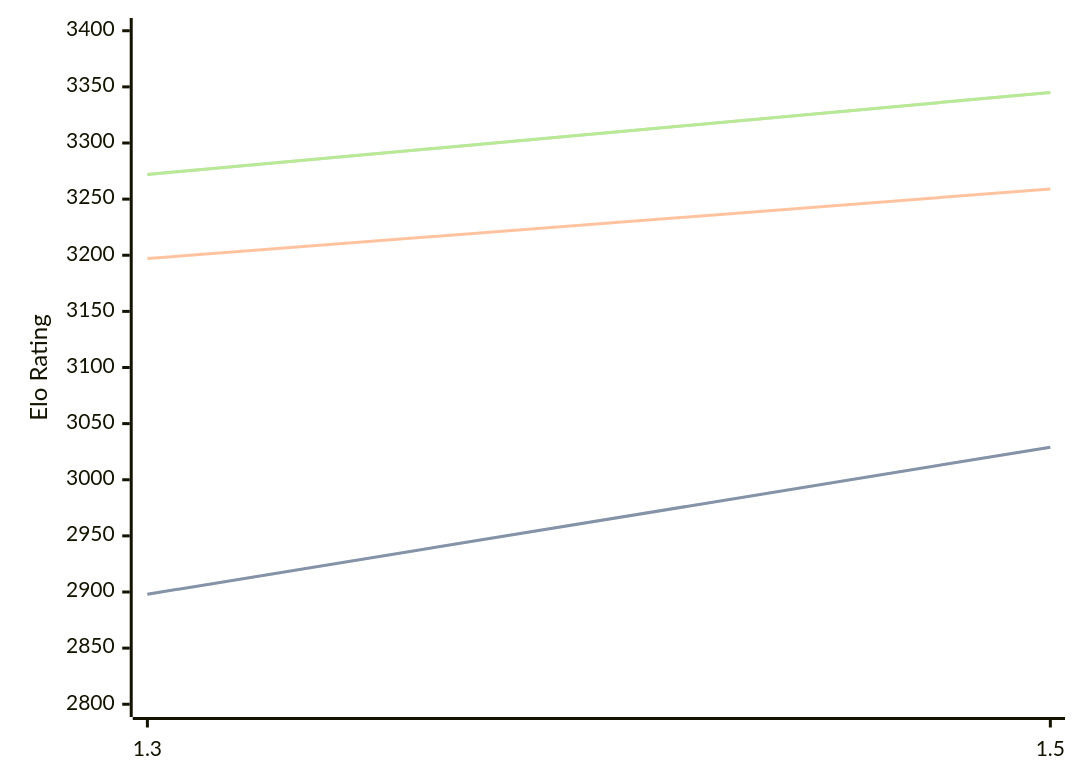
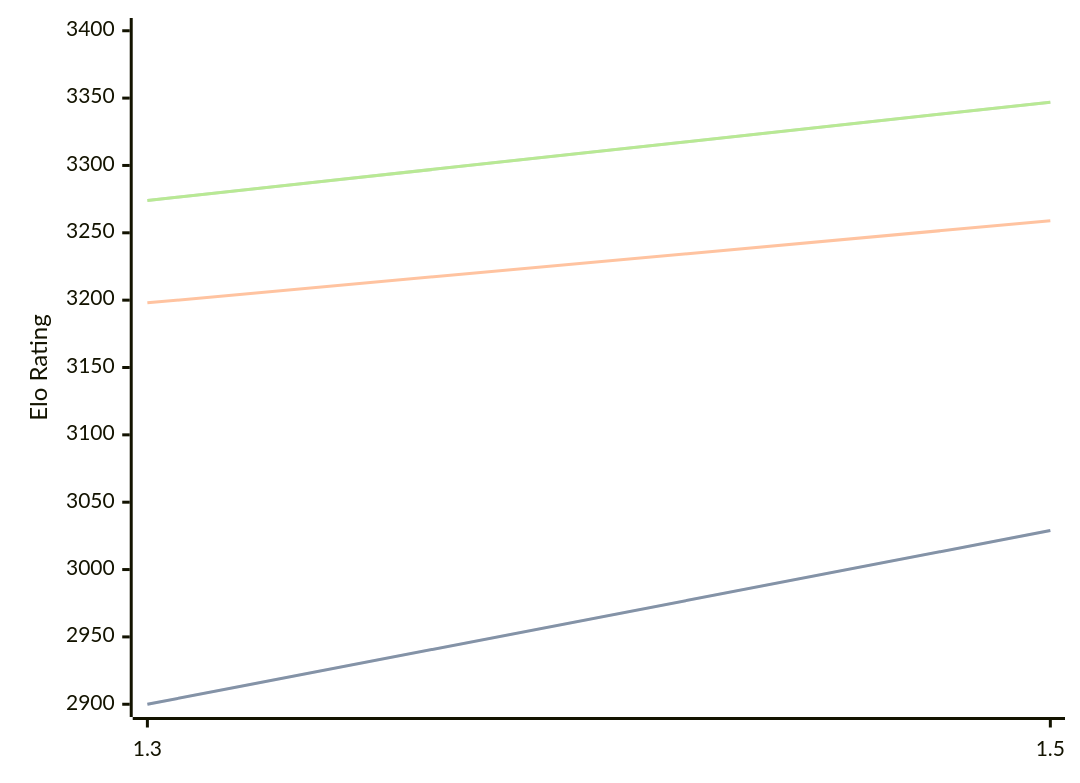
The diagram in engines/Lambergar.md (computer-chess-index/cci), drawn with Mermaid before and after one commit. The commit also changed other lines of this file, not shown here.

Commit message:
Update CCI Ratings (ELO VLTC) - 2026-07-23

````diff
--- a/engines/Lambergar.md
+++ b/engines/Lambergar.md
@@ -44,11 +44,11 @@
 ```mermaid
 %%{init: {"theme":"base","themeVariables":{"seriesColors:['#a3a3a3','#222221','#faa371']}}}%%
 xychart-beta
   x-axis ["1.3", "1.5"]
-  y-axis "Elo Rating" 2800 --> 3400
-  line "STC (8.0+0.08s)" [2898, 3029]
-  line "STC (8.0+0.08s)" [2898, 3029]
-  line "LTC (60.0+0.60s)" [3197, 3259]
-  line "VLTC (2m24s+1.12s)" [3272, 3345]
-  line "VLTC (2m24s+1.12s)" [3272, 3345]
+  y-axis "Elo Rating" 2900 --> 3400
+  line "STC (8.0+0.08s)" [2900, 3029]
+  line "STC (8.0+0.08s)" [2900, 3029]
+  line "LTC (60.0+0.60s)" [3198, 3259]
+  line "VLTC (2m24s+1.12s)" [3274, 3347]
+  line "VLTC (2m24s+1.12s)" [3274, 3347]
 ```
````
